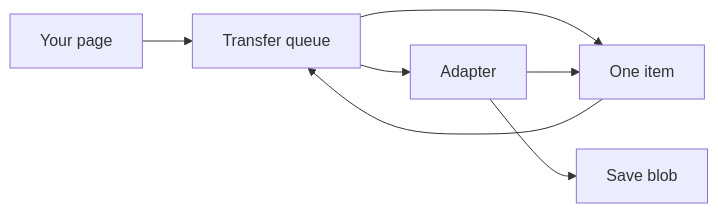
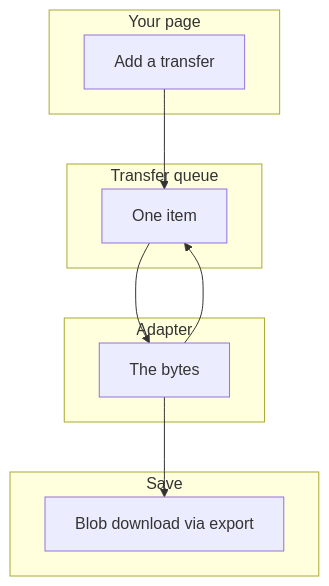
The first of 4 diagrams in projects/pixel-ui/src/lib/services/file-transfer/DESIGN.md (RajshekharBorate/pixel-ui), drawn with Mermaid before and after one commit. The commit also changed other lines of this file and 73 other files, not shown here.

Commit message:
Explain who owns each value and what each flow does in every component and service design.

````diff
--- a/projects/pixel-ui/src/lib/services/file-transfer/DESIGN.md
+++ b/projects/pixel-ui/src/lib/services/file-transfer/DESIGN.md
@@ -18,14 +20,19 @@
 ```mermaid
-flowchart LR
-  page["Your page"]
-  queue["Transfer queue"]
-  adapter["Adapter"]
-  item["One item"]
-  save["Save blob"]
-  page --> queue
-  queue --> item
-  queue --> adapter
-  adapter --> item
-  adapter --> save
-  item --> queue
+flowchart TB
+  subgraph page [Your page]
+    Ask[Add a transfer]
+  end
+  subgraph queue [Transfer queue]
+    Item[One item]
+  end
+  subgraph adapter [Adapter]
+    Bytes[The bytes]
+  end
+  subgraph save [Save]
+    Blob[Blob download via export]
+  end
+  Ask --> Item
+  Item --> Bytes
+  Bytes --> Item
+  Bytes --> Blob
 ```
````
